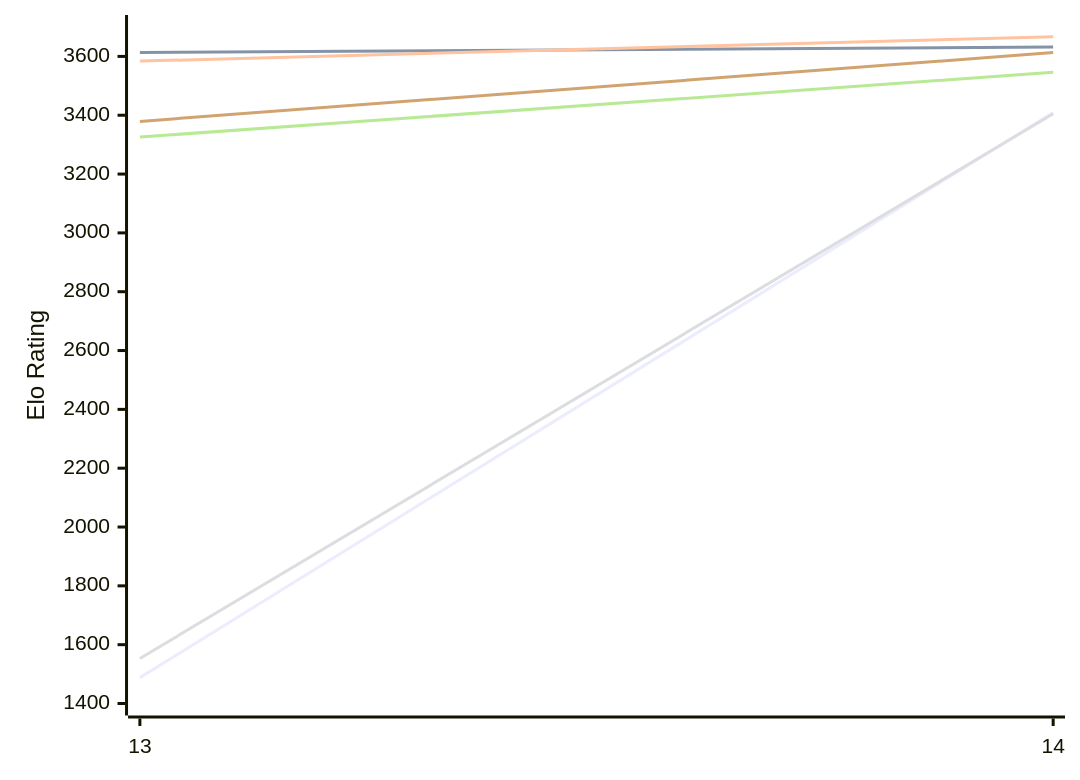
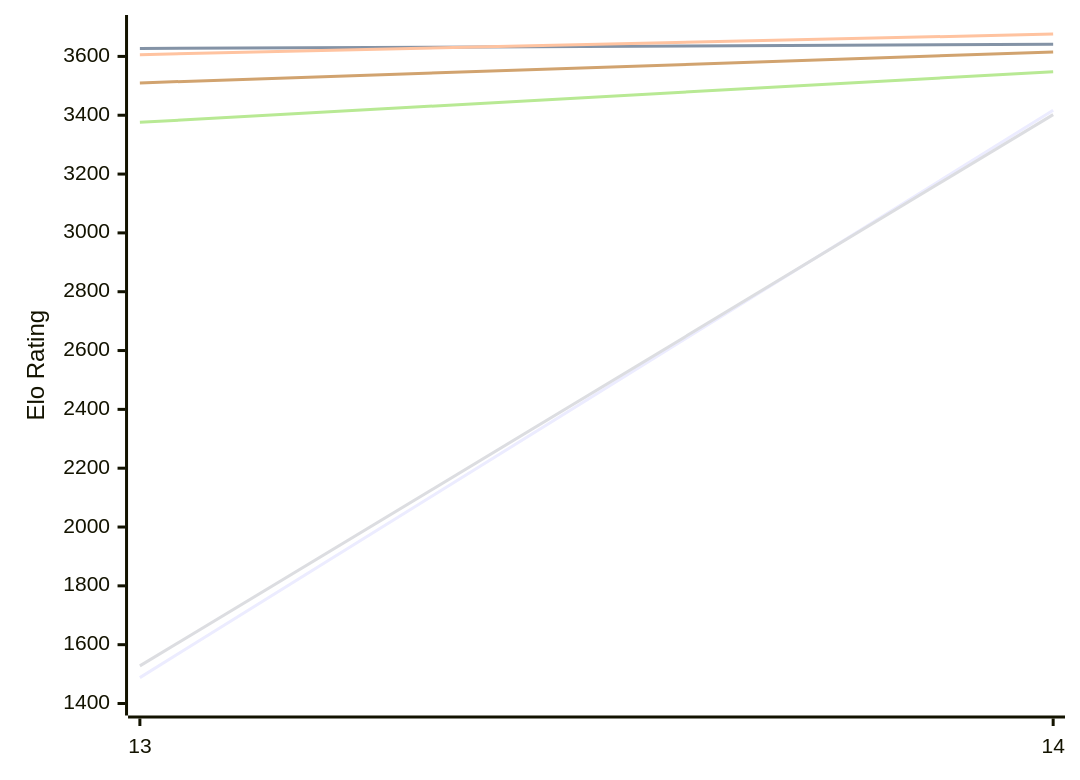
One commit to computer-chess-index/cci changed the first of 2 diagrams in engines/Berserk.md. Above: the diagram before and after it, drawn with Mermaid. The commit also changed other lines of this file, not shown here.

Commit message:
Update CCI Ratings (ELO VLTC) - 2026-11-16

````diff
--- a/engines/Berserk.md
+++ b/engines/Berserk.md
@@ -50,12 +50,12 @@
 ```mermaid
 %%{init: {"theme":"base","themeVariables":{"seriesColors:['#a3a3a3','#222221','#faa371']}}}%%
 xychart-beta
   x-axis ["13", "14"]
   y-axis "Elo Rating" 1400 --> 3700
-  line "E1: STC (8.0+0.08s)" [1488, 3409]
-  line "E1: LTC (60.0+0.60s)" [3613, 3632]
-  line "E1: VLTC (2m24s+1.12s)" [3584, 3667]
-  line "P1: STC (8.0+0.08s)" [1553, 3405]
-  line "P1: LTC (60.0+0.60s)" [3326, 3546]
-  line "P1: VLTC (2m24s+1.12s)" [3379, 3613]
+  line "E1: STC (8.0+0.08s)" [1488, 3417]
+  line "E1: LTC (60.0+0.60s)" [3627, 3641]
+  line "E1: VLTC (2m24s+1.12s)" [3606, 3676]
+  line "P1: STC (8.0+0.08s)" [1528, 3402]
+  line "P1: LTC (60.0+0.60s)" [3376, 3548]
+  line "P1: VLTC (2m24s+1.12s)" [3510, 3615]
 ```
````
